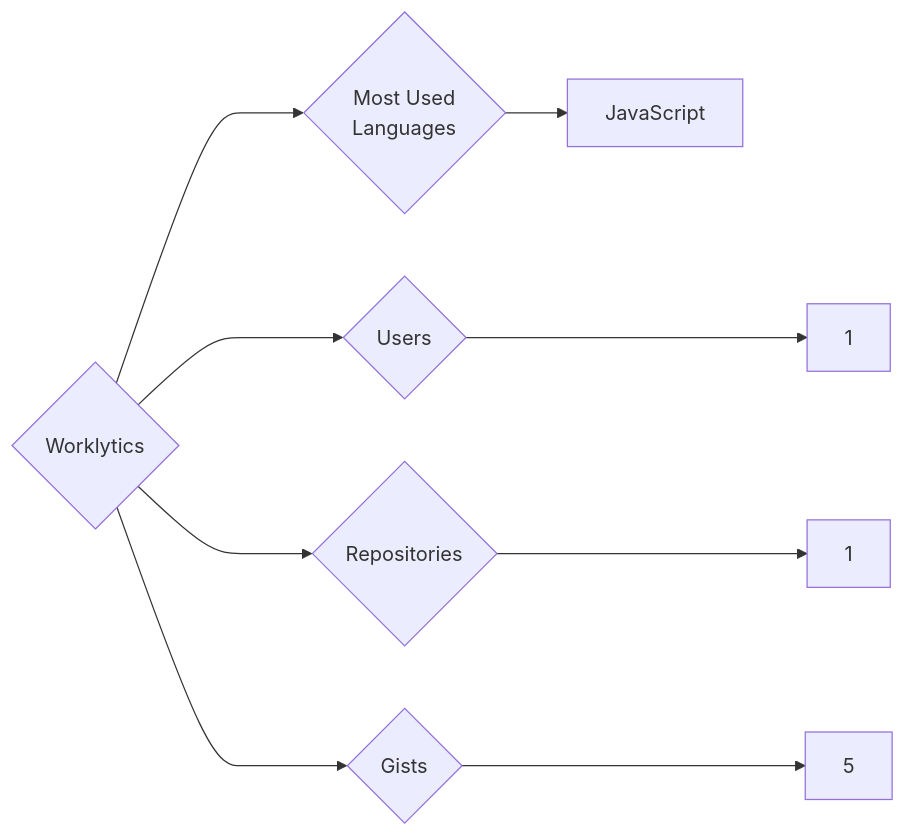
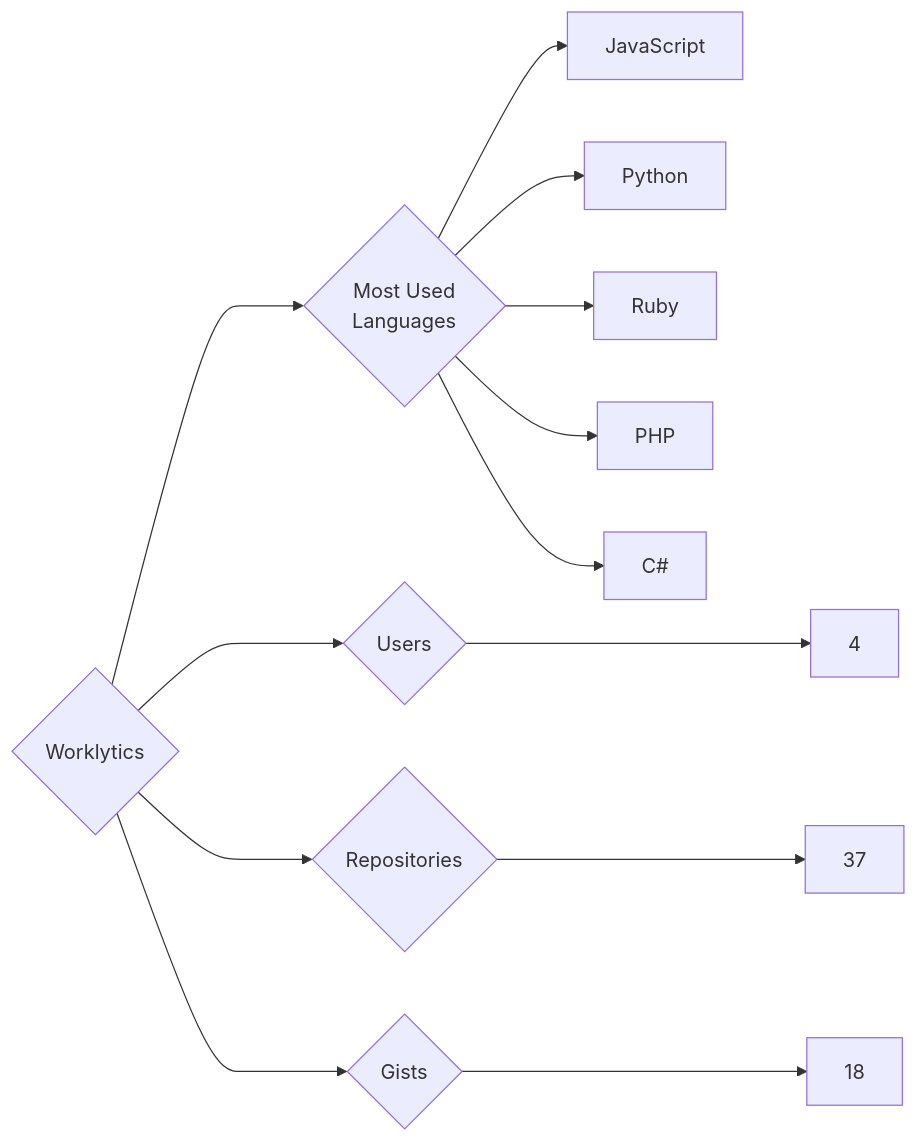
The diagram in targets/Worklytics/README.md (trickest/insiders), drawn with Mermaid before and after one commit. The commit also changed 829 other files, not shown here.

````diff
--- a/targets/Worklytics/README.md
+++ b/targets/Worklytics/README.md
@@ -3,9 +3,13 @@
 ```mermaid
 graph LR
 COMPANY_NAME{Worklytics}
-COMPANY_NAME ---> U{Users} ---> UN[1]
-COMPANY_NAME ---> R{Repositories} ---> RN[1]
-COMPANY_NAME ---> G{Gists} ---> GN[5]
+COMPANY_NAME ---> U{Users} ---> UN[4]
+COMPANY_NAME ---> R{Repositories} ---> RN[37]
+COMPANY_NAME ---> G{Gists} ---> GN[18]
 COMPANY_NAME ---> ML{Most Used<br>Languages}
 ML --> JavaScript[JavaScript]
+ML --> Python[Python]
+ML --> Ruby[Ruby]
+ML --> PHP[PHP]
+ML --> C#[C#]
 ```
````
